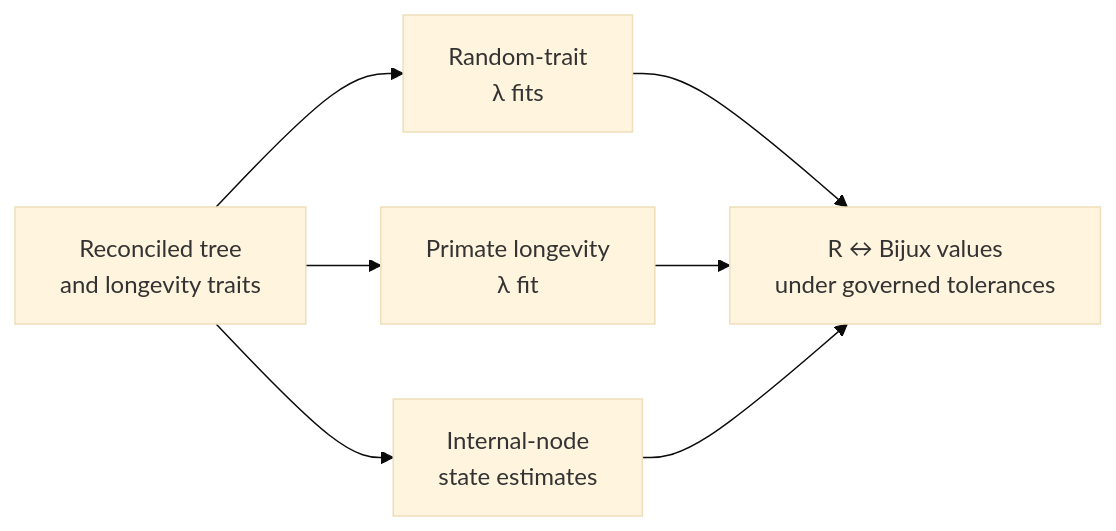
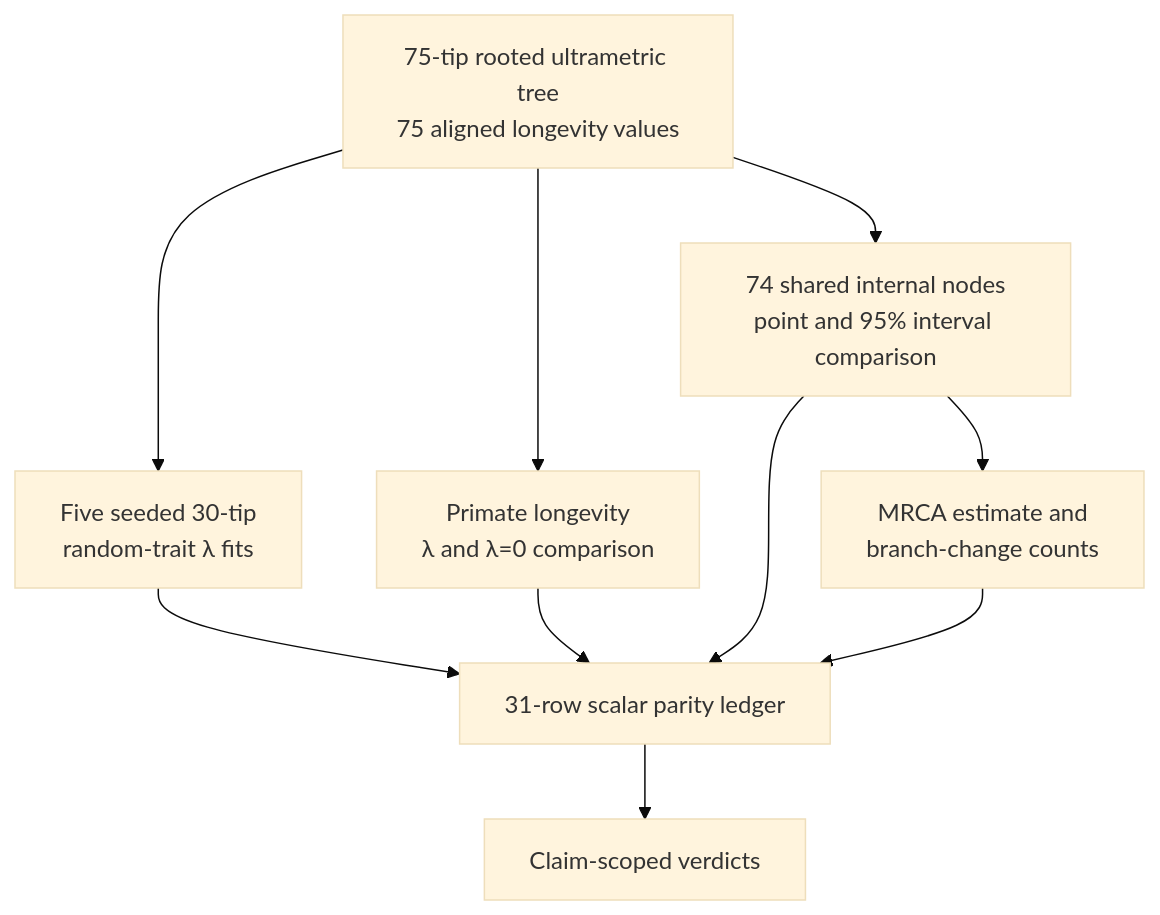
One commit to bijux/bijux-phylogenetics changed the diagram in docs/03-bijux-phylogenetics-evidence-book/pcm1-primate-longevity-signal/signal-and-ancestral-results.md. Above: the diagram before and after it, drawn with Mermaid (base theme). The commit also changed other lines of this file and 2 other files, not shown here.

Commit message:
docs(evidence): expose pcm1 governed observations

````diff
--- a/docs/03-bijux-phylogenetics-evidence-book/pcm1-primate-longevity-signal/signal-and-ancestral-results.md
+++ b/docs/03-bijux-phylogenetics-evidence-book/pcm1-primate-longevity-signal/signal-and-ancestral-results.md
@@ -16,12 +18,15 @@
 ```mermaid
-flowchart LR
-    prepared["Reconciled tree<br/>and longevity traits"]
-    random["Random-trait<br/>λ fits"]
-    primate["Primate longevity<br/>λ fit"]
-    ancestral["Internal-node<br/>state estimates"]
-    compare["R ↔ Bijux values<br/>under governed tolerances"]
+flowchart TD
+    inputs["75-tip rooted ultrametric tree<br/>75 aligned longevity values"]
+    random["Five seeded 30-tip<br/>random-trait λ fits"]
+    observed["Primate longevity<br/>λ and λ=0 comparison"]
+    ancestral["74 shared internal nodes<br/>point and 95% interval comparison"]
+    spot["MRCA estimate and<br/>branch-change counts"]
+    scalar["31-row scalar parity ledger"]
+    verdict["Claim-scoped verdicts"]
 
-    prepared --> random --> compare
-    prepared --> primate --> compare
-    prepared --> ancestral --> compare
+    inputs --> random --> scalar
+    inputs --> observed --> scalar
+    inputs --> ancestral --> scalar
+    ancestral --> spot --> scalar --> verdict
 ```
````
